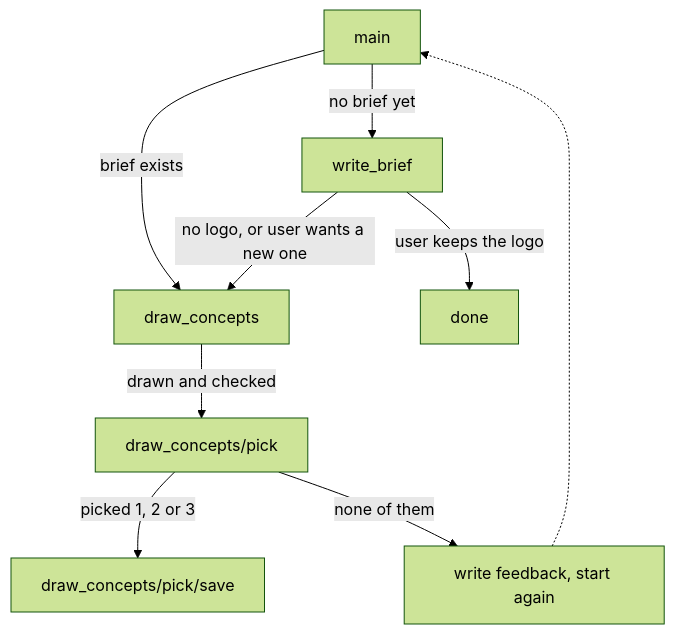
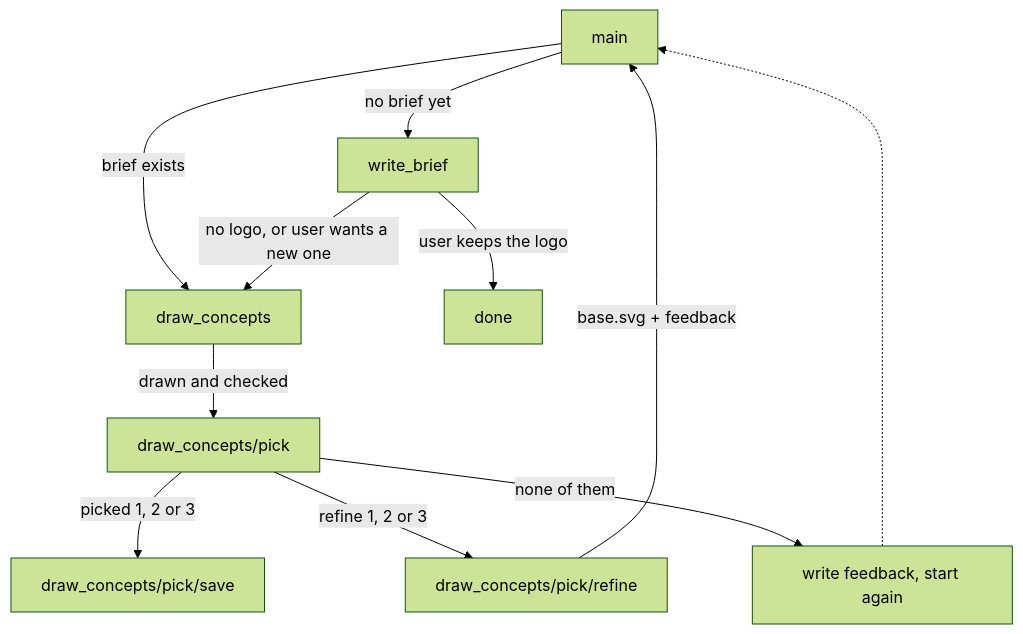
The diagram in README.md (rein-lang/logo-creation), drawn with Mermaid (forest theme) before and after one commit. The commit also changed other lines of this file and 3 other files, not shown here.

````diff
--- a/README.md
+++ b/README.md
@@ -29,11 +29,13 @@
 ```mermaid
 flowchart TD
     M["main"] -- "no brief yet" --> B["write_brief"]
     M -- "brief exists" --> C["draw_concepts"]
     B -- "no logo, or user wants a new one" --> C
     B -- "user keeps the logo" --> K["done"]
     C -- "drawn and checked" --> P["draw_concepts/pick"]
     P -- "picked 1, 2 or 3" --> S["draw_concepts/pick/save"]
+    P -- "refine 1, 2 or 3" --> R["draw_concepts/pick/refine"]
+    R -- "base.svg + feedback" --> M
     P -- "none of them" --> F["write feedback, start again"]
     F -.-> M
 ```
````
